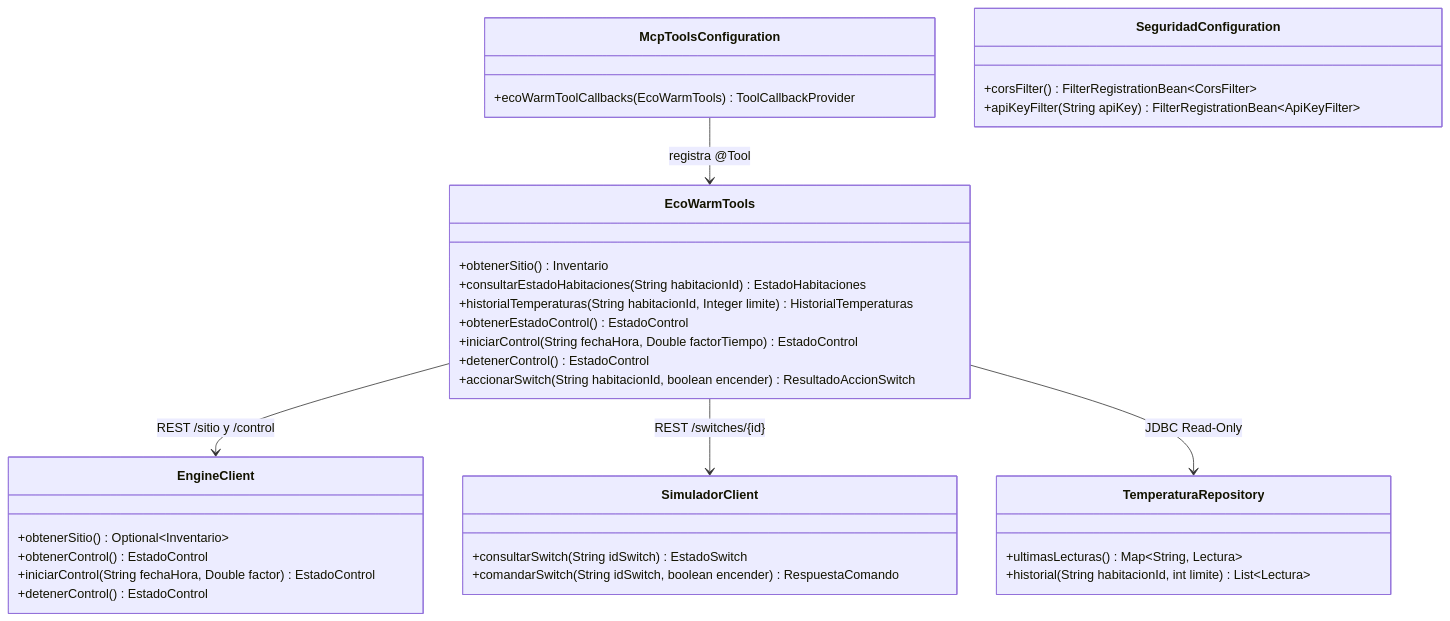
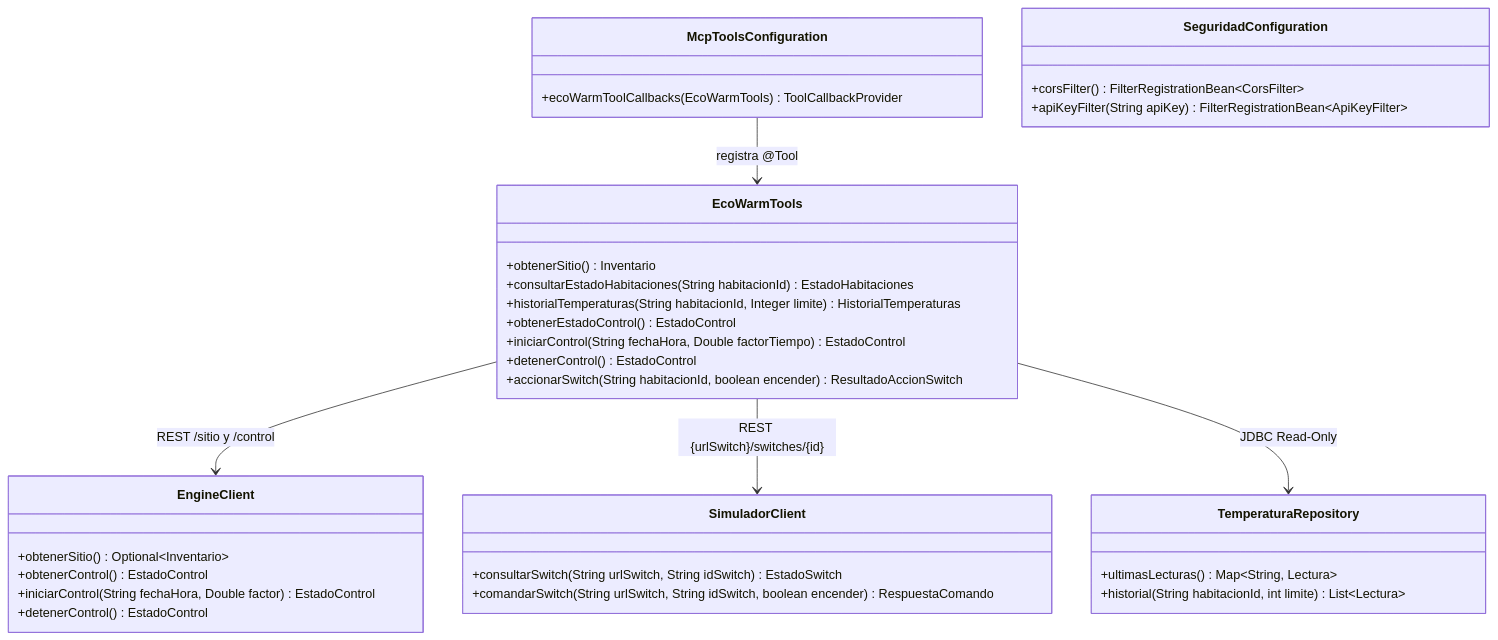
The first of 3 diagrams in docs/mcp/4mas1-mcp.md (guzmanbarbatto/iiss-2026-grupo-3-vespertino), drawn with Mermaid before and after one commit. The commit also changed other lines of this file and 33 other files, not shown here.

````diff
--- a/docs/mcp/4mas1-mcp.md
+++ b/docs/mcp/4mas1-mcp.md
@@ -20,43 +20,43 @@
 ```mermaid
 classDiagram
     class EcoWarmTools {
         +obtenerSitio() Inventario
         +consultarEstadoHabitaciones(String habitacionId) EstadoHabitaciones
         +historialTemperaturas(String habitacionId, Integer limite) HistorialTemperaturas
         +obtenerEstadoControl() EstadoControl
         +iniciarControl(String fechaHora, Double factorTiempo) EstadoControl
         +detenerControl() EstadoControl
         +accionarSwitch(String habitacionId, boolean encender) ResultadoAccionSwitch
     }
 
     class EngineClient {
         +obtenerSitio() Optional~Inventario~
         +obtenerControl() EstadoControl
         +iniciarControl(String fechaHora, Double factor) EstadoControl
         +detenerControl() EstadoControl
     }
 
     class SimuladorClient {
-        +consultarSwitch(String idSwitch) EstadoSwitch
-        +comandarSwitch(String idSwitch, boolean encender) RespuestaComando
+        +consultarSwitch(String urlSwitch, String idSwitch) EstadoSwitch
+        +comandarSwitch(String urlSwitch, String idSwitch, boolean encender) RespuestaComando
     }
 
     class TemperaturaRepository {
         +ultimasLecturas() Map~String, Lectura~
         +historial(String habitacionId, int limite) List~Lectura~
     }
 
     class McpToolsConfiguration {
         +ecoWarmToolCallbacks(EcoWarmTools) ToolCallbackProvider
     }
 
     class SeguridadConfiguration {
         +corsFilter() FilterRegistrationBean~CorsFilter~
         +apiKeyFilter(String apiKey) FilterRegistrationBean~ApiKeyFilter~
     }
 
     McpToolsConfiguration --> EcoWarmTools : registra @Tool
     EcoWarmTools --> EngineClient : REST /sitio y /control
-    EcoWarmTools --> SimuladorClient : REST /switches/{id}
+    EcoWarmTools --> SimuladorClient : REST {urlSwitch}/switches/{id}
     EcoWarmTools --> TemperaturaRepository : JDBC Read-Only
 ```
````
